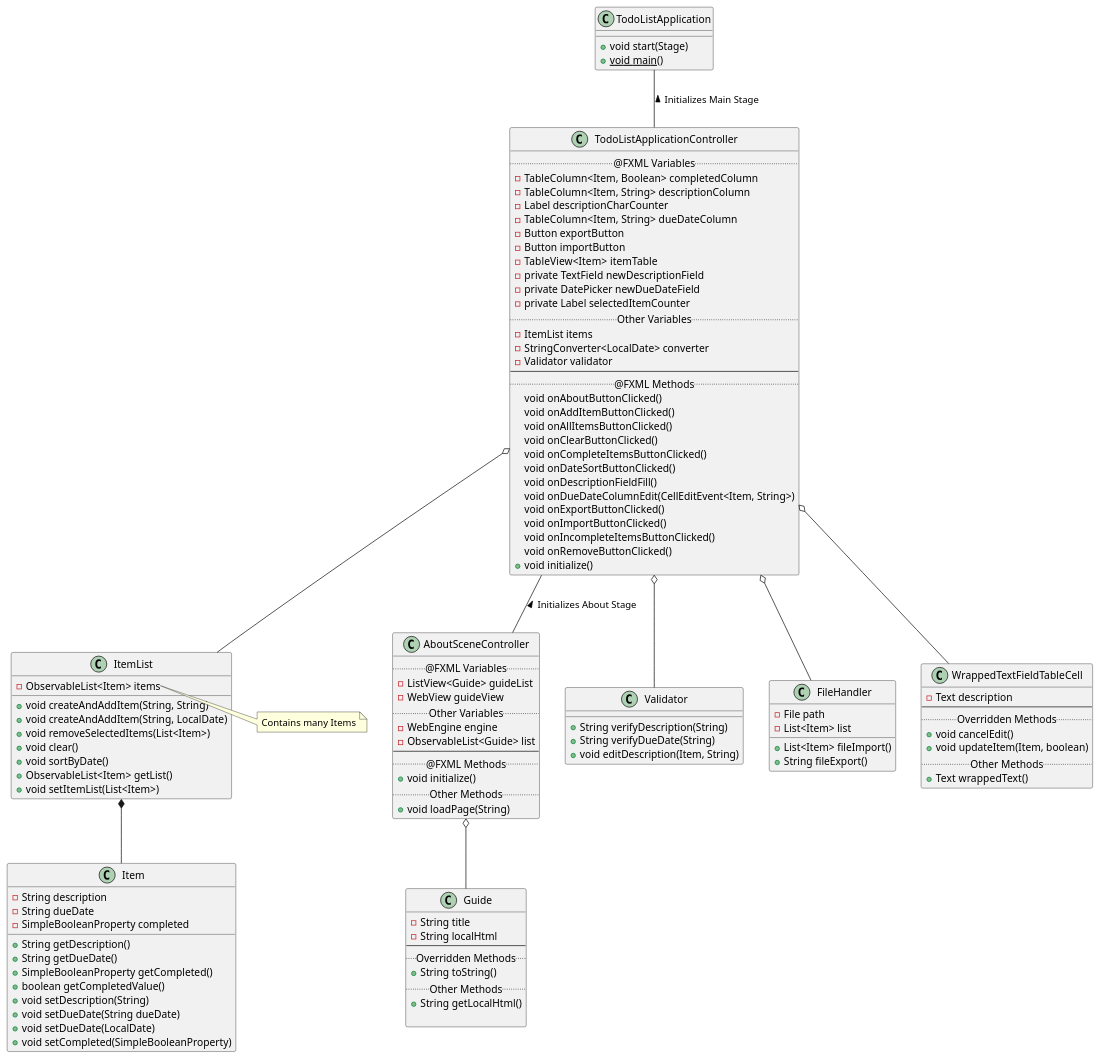
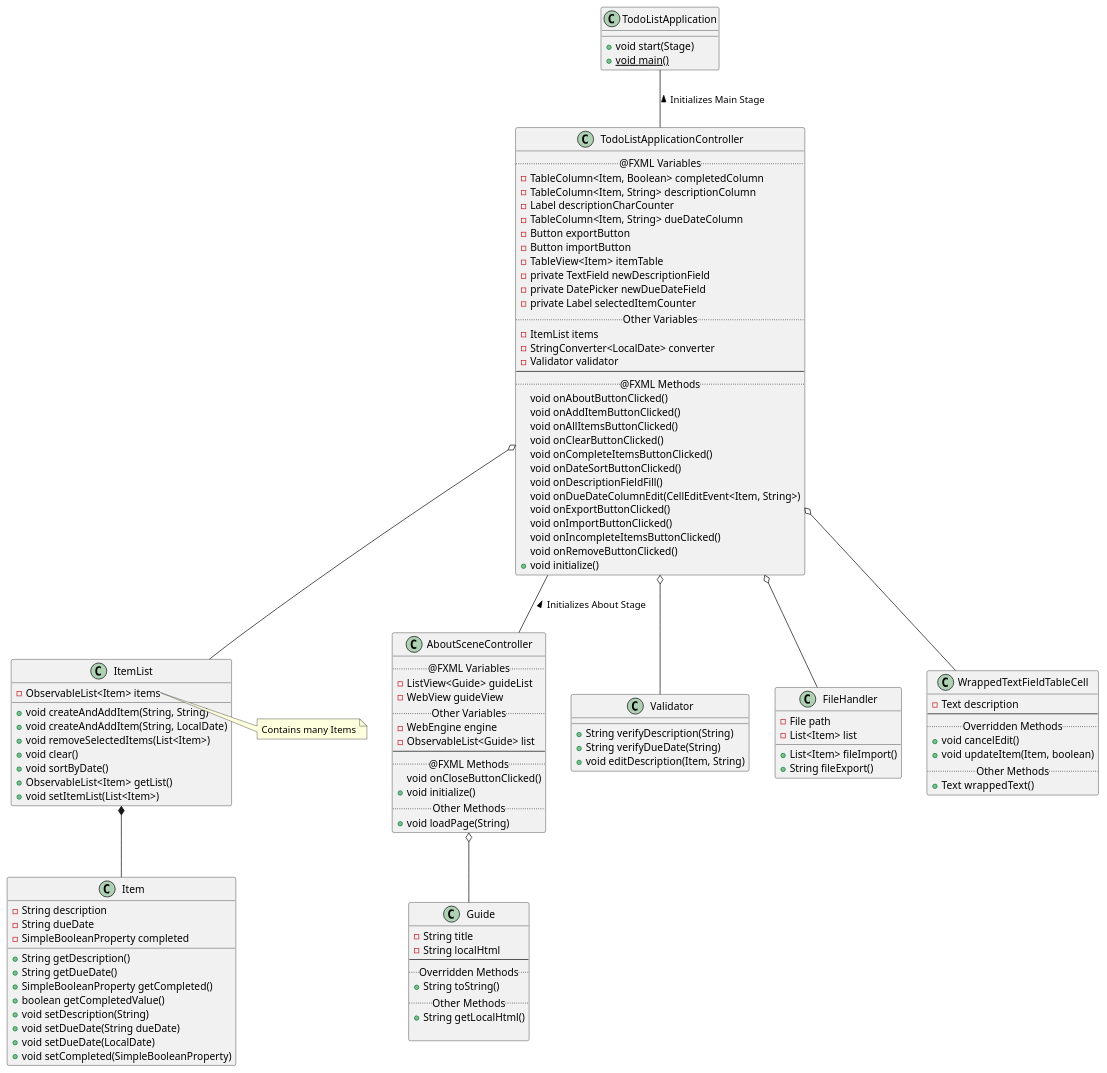
Before and after one commit to lastingParadox/To-Do-Machine: the diagram in docs/classes.puml, drawn with PlantUML. The commit also changed 8 other files, not shown here.

Commit message:
Modified diagram, WrappedTableCell, and aboutSceneController. Added more guides.

```diff
--- a/docs/classes.puml
+++ b/docs/classes.puml
@@ -1,130 +1,131 @@
 @startuml
 
 class TodoListApplication {
     +void start(Stage)
     +{static}void main()
 }
 
 class TodoListApplicationController {
     ..@FXML Variables..
     -TableColumn<Item, Boolean> completedColumn
     -TableColumn<Item, String> descriptionColumn
     -Label descriptionCharCounter
     -TableColumn<Item, String> dueDateColumn
     -Button exportButton
     -Button importButton
     -TableView<Item> itemTable
     -private TextField newDescriptionField
     -private DatePicker newDueDateField
     -private Label selectedItemCounter
     ..Other Variables..
     -ItemList items
     -StringConverter<LocalDate> converter
     -Validator validator
     --
     ..@FXML Methods..
     void onAboutButtonClicked()
     void onAddItemButtonClicked()
     void onAllItemsButtonClicked()
     void onClearButtonClicked()
     void onCompleteItemsButtonClicked()
     void onDateSortButtonClicked()
     void onDescriptionFieldFill()
     void onDueDateColumnEdit(CellEditEvent<Item, String>)
     void onExportButtonClicked()
     void onImportButtonClicked()
     void onIncompleteItemsButtonClicked()
     void onRemoveButtonClicked()
     +void initialize()
 }
 
 class AboutSceneController {
     ..@FXML Variables..
     -ListView<Guide> guideList
     -WebView guideView
     ..Other Variables..
     -WebEngine engine
     -ObservableList<Guide> list
     --
     ..@FXML Methods..
+    void onCloseButtonClicked()
     +void initialize()
     ..Other Methods..
     +void loadPage(String)
 }
 
 class Item {
     -String description
     -String dueDate
     -SimpleBooleanProperty completed
 
     +String getDescription()
     +String getDueDate()
     +SimpleBooleanProperty getCompleted()
     +boolean getCompletedValue()
     +void setDescription(String)
     +void setDueDate(String dueDate)
     +void setDueDate(LocalDate)
     +void setCompleted(SimpleBooleanProperty)
 }
 
 class ItemList {
     -ObservableList<Item> items
 
     +void createAndAddItem(String, String)
     +void createAndAddItem(String, LocalDate)
     +void removeSelectedItems(List<Item>)
     +void clear()
     +void sortByDate()
     +ObservableList<Item> getList()
     +void setItemList(List<Item>)
 }
 
 class Guide {
     -String title
     -String localHtml
     --
     ..Overridden Methods..
     +String toString()
     ..Other Methods..
     +String getLocalHtml()
 
 }
 
 class Validator {
     +String verifyDescription(String)
     +String verifyDueDate(String)
     +void editDescription(Item, String)
 }
 
 class FileHandler {
     -File path
     -List<Item> list
 
     +List<Item> fileImport()
     +String fileExport()
 }
 
 class WrappedTextFieldTableCell {
     -Text description
     --
     ..Overridden Methods..
     +void cancelEdit()
     +void updateItem(Item, boolean)
     ..Other Methods..
     +Text wrappedText()
 }
 
 TodoListApplication -- TodoListApplicationController : < Initializes Main Stage
 TodoListApplicationController -- AboutSceneController : < Initializes About Stage
 TodoListApplicationController o-- ItemList
 TodoListApplicationController o-- Validator
 TodoListApplicationController o-- FileHandler
 TodoListApplicationController o-- WrappedTextFieldTableCell
 ItemList *-- Item
 AboutSceneController o-- Guide
 
 note right of ItemList::items
     Contains many Items
 end note
 
 @enduml
```
